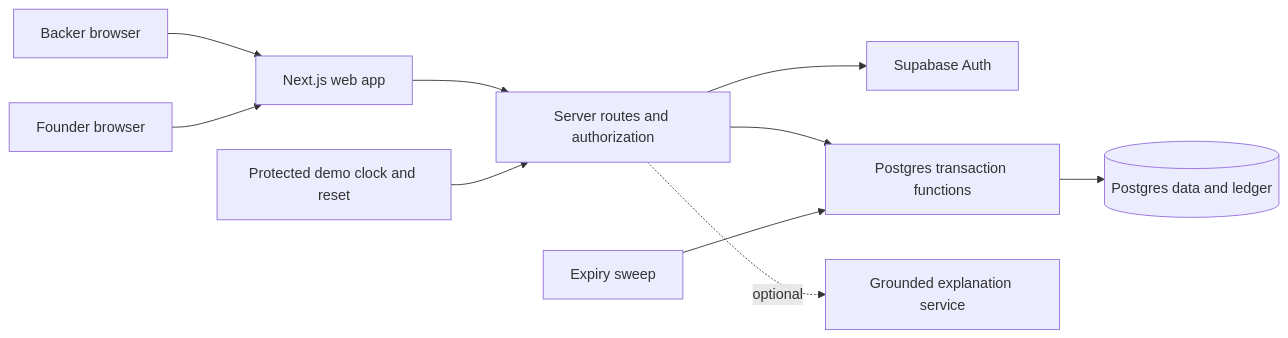
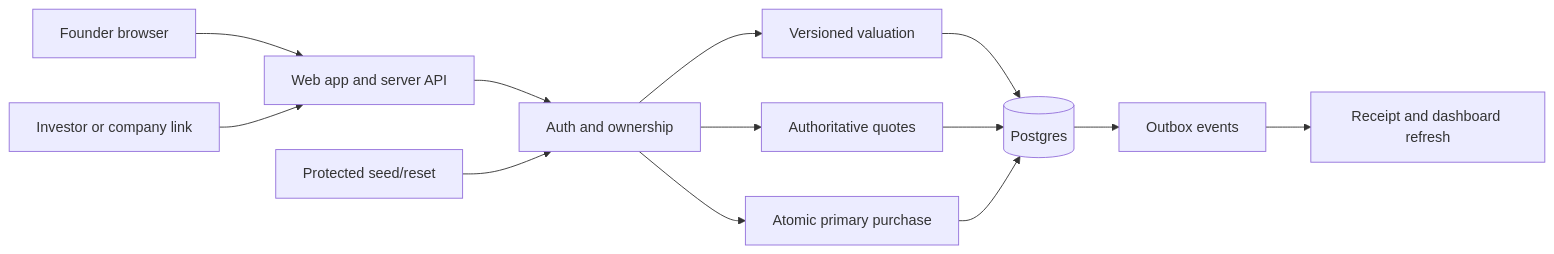
The diagram in docs/MEGA_PLAN.md (Naxi-Tian/hack-nc-2026), drawn with Mermaid before and after one commit. The commit also changed other lines of this file, not shown here.

Commit message:
docs: redesign plan for direct startup shares, valuation and ledger settlement

````diff
--- a/docs/MEGA_PLAN.md
+++ b/docs/MEGA_PLAN.md
@@ -224,12 +254,15 @@
 ```mermaid
 flowchart LR
-    B[Backer browser] --> W[Next.js web app]
-    F[Founder browser] --> W
-    W --> A[Server routes and authorization]
-    A --> S[Supabase Auth]
-    A --> T[Postgres transaction functions]
-    T --> D[(Postgres data and ledger)]
-    C[Protected demo clock and reset] --> A
-    E[Expiry sweep] --> T
-    A -. optional .-> X[Grounded explanation service]
+    F[Founder browser] --> W[Web app and server API]
+    I[Investor or company link] --> W
+    W --> A[Auth and ownership]
+    A --> V[Versioned valuation]
+    A --> Q[Authoritative quotes]
+    A --> T[Atomic primary purchase]
+    V --> D[(Postgres)]
+    Q --> D
+    T --> D
+    D --> O[Outbox events]
+    O --> R[Receipt and dashboard refresh]
+    C[Protected seed/reset] --> A
 ```
````
